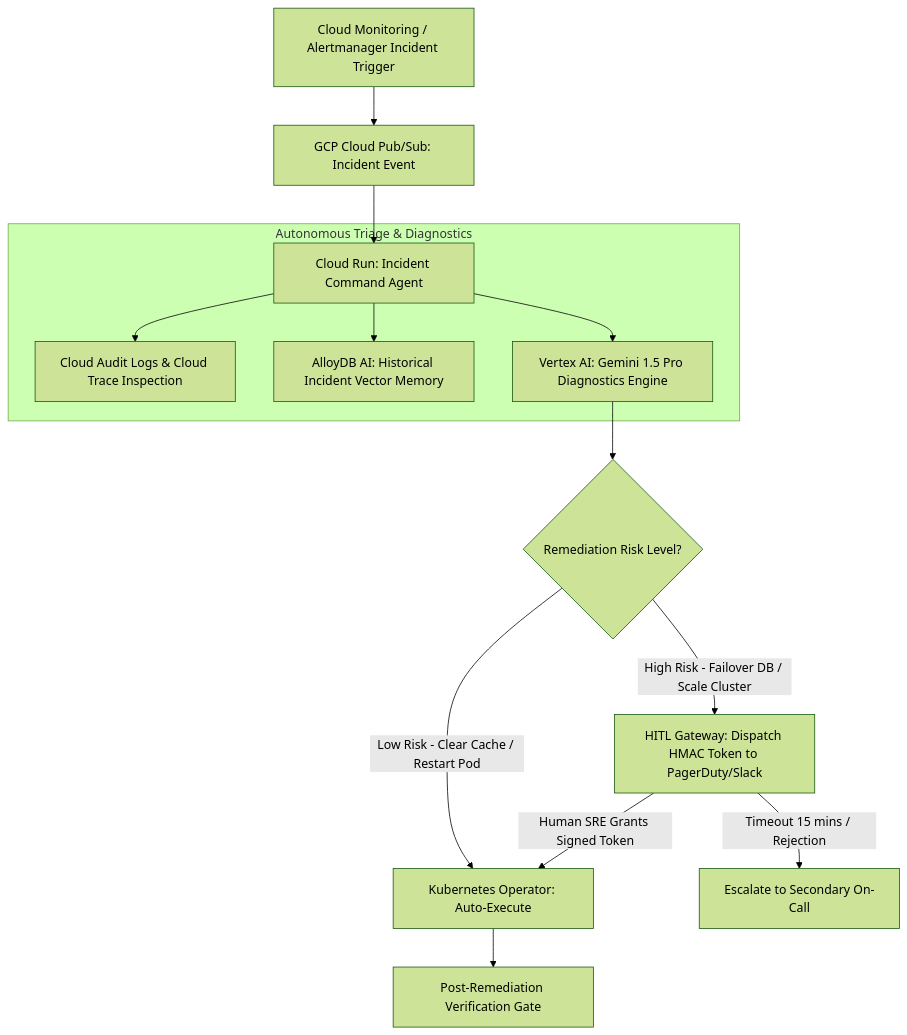
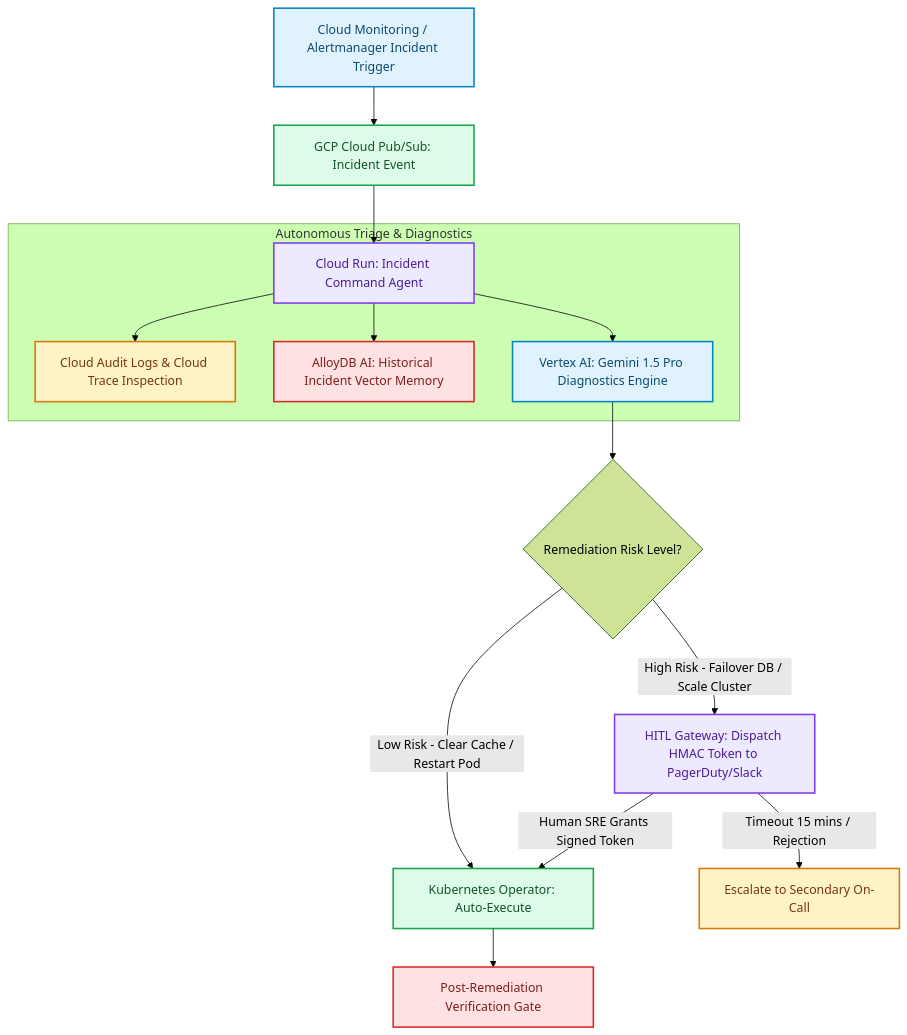
Before and after one commit to akmalkhaniub/akmalkhaniub.github.io: the diagram in blog/posts/case-study-logistics-saas-autonomous-infrastructure-remediation.md, drawn with Mermaid (forest theme). The commit also changed other lines of this file and 1291 other files, not shown here.

First line of the commit message:
feat(catalog): unique covers, scholarly references, and diagram palettes

````diff
--- a/blog/posts/case-study-logistics-saas-autonomous-infrastructure-remediation.md
+++ b/blog/posts/case-study-logistics-saas-autonomous-infrastructure-remediation.md
@@ -40,19 +40,30 @@
 ```mermaid
 flowchart TD
-  A[Cloud Monitoring / Alertmanager Incident Trigger] --> B[GCP Cloud Pub/Sub: Incident Event]
-  B --> C[Cloud Run: Incident Command Agent]
+  A["Cloud Monitoring / Alertmanager Incident Trigger"] --> B["GCP Cloud Pub/Sub: Incident Event"]
+  B --> C["Cloud Run: Incident Command Agent"]
   
   subgraph SG1_AutonomousTriageDiagnostics ["Autonomous Triage & Diagnostics"]
-    C --> D[Cloud Audit Logs & Cloud Trace Inspection]
-    C --> E[AlloyDB AI: Historical Incident Vector Memory]
-    C --> F[Vertex AI: Gemini 1.5 Pro Diagnostics Engine]
+    C --> D["Cloud Audit Logs & Cloud Trace Inspection"]
+    C --> E["AlloyDB AI: Historical Incident Vector Memory"]
+    C --> F["Vertex AI: Gemini 1.5 Pro Diagnostics Engine"]
   end
   
   F --> G{Remediation Risk Level?}
-  G -->|Low Risk - Clear Cache / Restart Pod| H[Kubernetes Operator: Auto-Execute]
-  G -->|High Risk - Failover DB / Scale Cluster| I[HITL Gateway: Dispatch HMAC Token to PagerDuty/Slack]
+  G -->|Low Risk - Clear Cache / Restart Pod| H["Kubernetes Operator: Auto-Execute"]
+  G -->|High Risk - Failover DB / Scale Cluster| I["HITL Gateway: Dispatch HMAC Token to PagerDuty/Slack"]
   
   I -->|Human SRE Grants Signed Token| H
-  I -->|Timeout 15 mins / Rejection| J[Escalate to Secondary On-Call]
-  H --> K[Post-Remediation Verification Gate]
+  I -->|Timeout 15 mins / Rejection| J["Escalate to Secondary On-Call"]
+  H --> K["Post-Remediation Verification Gate"]
+
+classDef green fill:#dcfce7,stroke:#16a34a,stroke-width:2px,color:#14532d;
+classDef red fill:#fee2e2,stroke:#dc2626,stroke-width:2px,color:#7f1d1d;
+classDef blue fill:#e0f2fe,stroke:#0284c7,stroke-width:2px,color:#0c4a6e;
+classDef yellow fill:#fef3c7,stroke:#d97706,stroke-width:2px,color:#78350f;
+classDef purple fill:#ede9fe,stroke:#7c3aed,stroke-width:2px,color:#4c1d95;
+class A,F blue
+class B,H green
+class C,I purple
+class D,J yellow
+class E,K red
 ```
````
